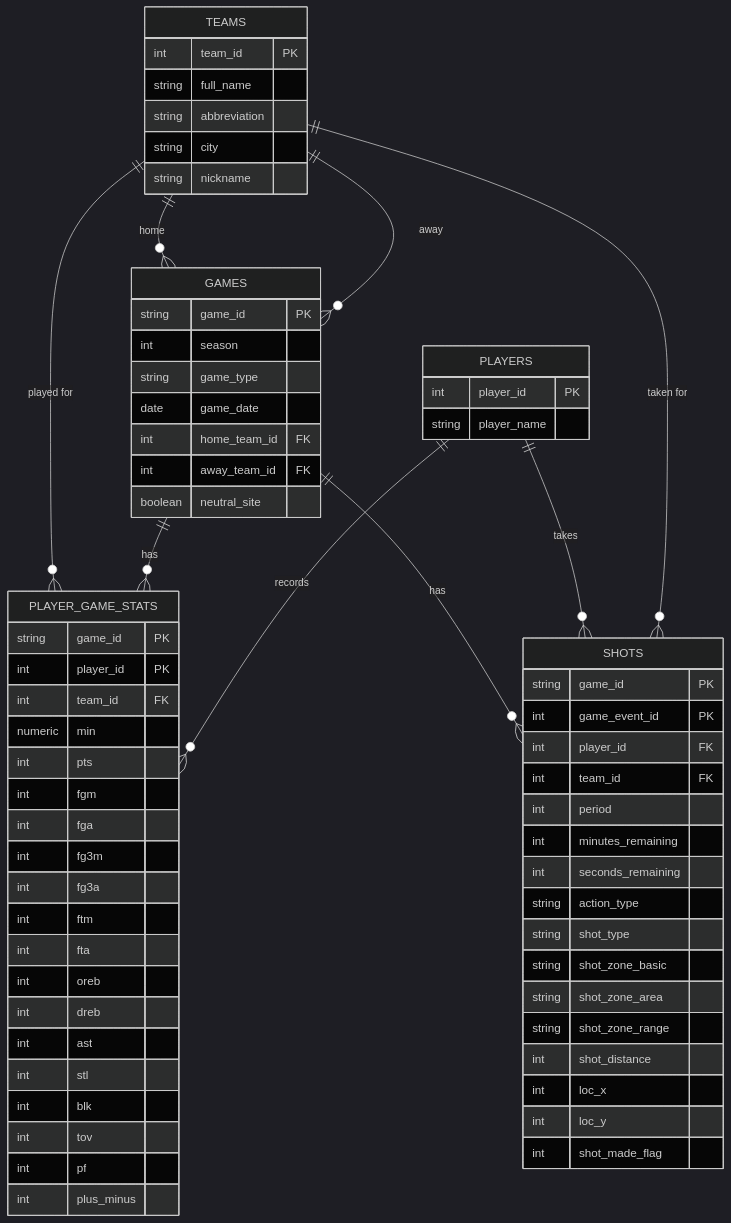
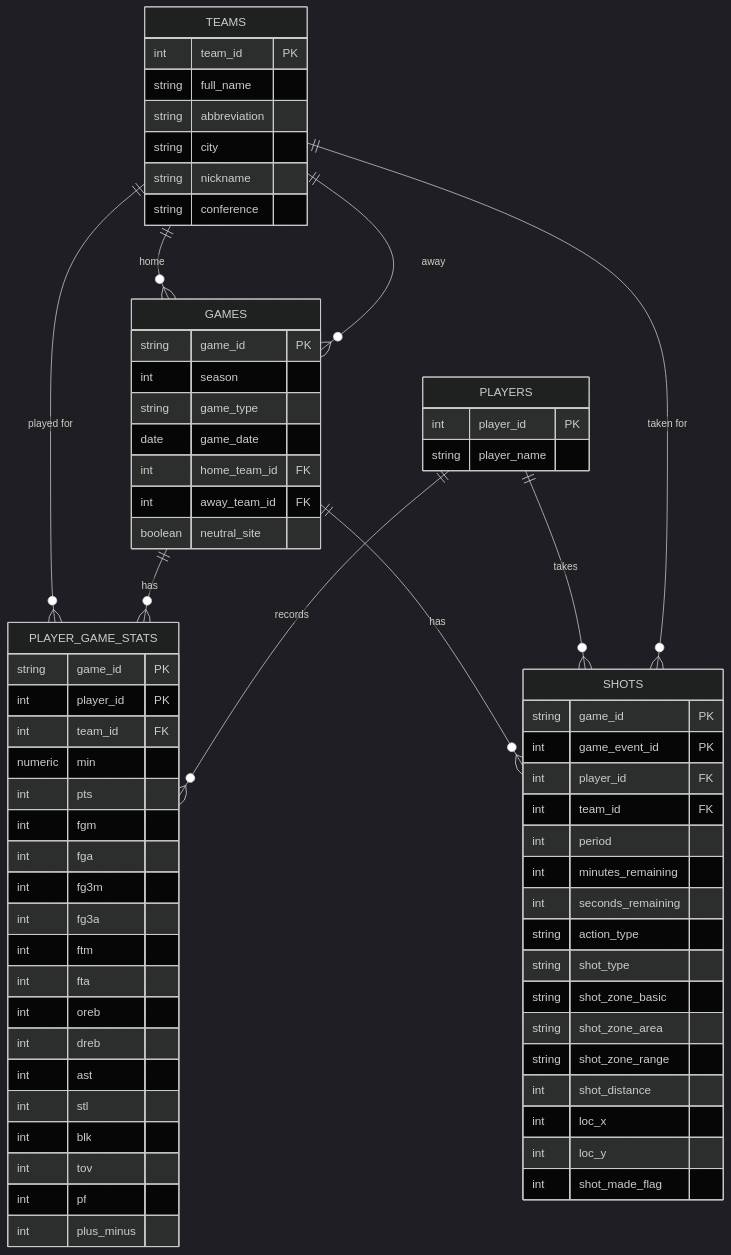
One commit to Confusedanddazed/82-boxes changed the diagram in docs/erd.md. Above: the diagram before and after it, drawn with Mermaid (dark theme). The commit also changed 96 other files, not shown here.

Commit message:
Updated shot charts as well as minor changes in cleaning and view

````diff
--- a/docs/erd.md
+++ b/docs/erd.md
@@ -3,70 +3,71 @@
 ```mermaid
 erDiagram
   TEAMS ||--o{ GAMES : home
   TEAMS ||--o{ GAMES : away
   TEAMS ||--o{ PLAYER_GAME_STATS : "played for"
   GAMES ||--o{ PLAYER_GAME_STATS : has
   PLAYERS ||--o{ PLAYER_GAME_STATS : records
   GAMES ||--o{ SHOTS : has
   PLAYERS ||--o{ SHOTS : takes
   TEAMS ||--o{ SHOTS : "taken for"
   TEAMS {
     int team_id PK
     string full_name
     string abbreviation
     string city
     string nickname
+    string conference
   }
   PLAYERS {
     int player_id PK
     string player_name
   }
   GAMES {
     string game_id PK
     int season
     string game_type
     date game_date
     int home_team_id FK
     int away_team_id FK
     boolean neutral_site
   }
   PLAYER_GAME_STATS {
     string game_id PK
     int player_id PK
     int team_id FK
     numeric min
     int pts
     int fgm
     int fga
     int fg3m
     int fg3a
     int ftm
     int fta
     int oreb
     int dreb
     int ast
     int stl
     int blk
     int tov
     int pf
     int plus_minus
   }
   SHOTS {
     string game_id PK
     int game_event_id PK
     int player_id FK
     int team_id FK
     int period
     int minutes_remaining
     int seconds_remaining
     string action_type
     string shot_type
     string shot_zone_basic
     string shot_zone_area
     string shot_zone_range
     int shot_distance
     int loc_x
     int loc_y
     int shot_made_flag
   }
 ```
````
